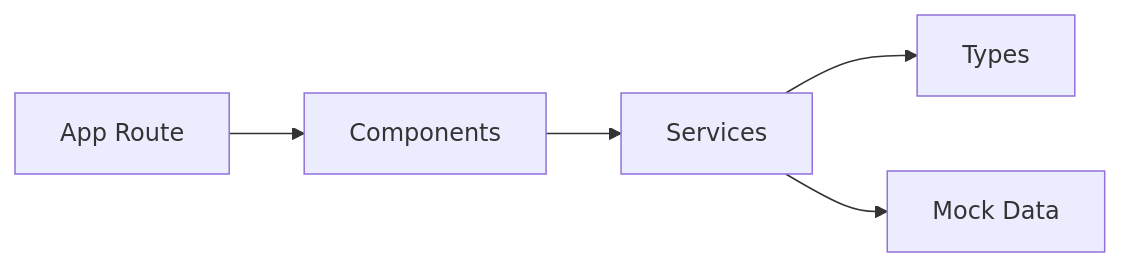
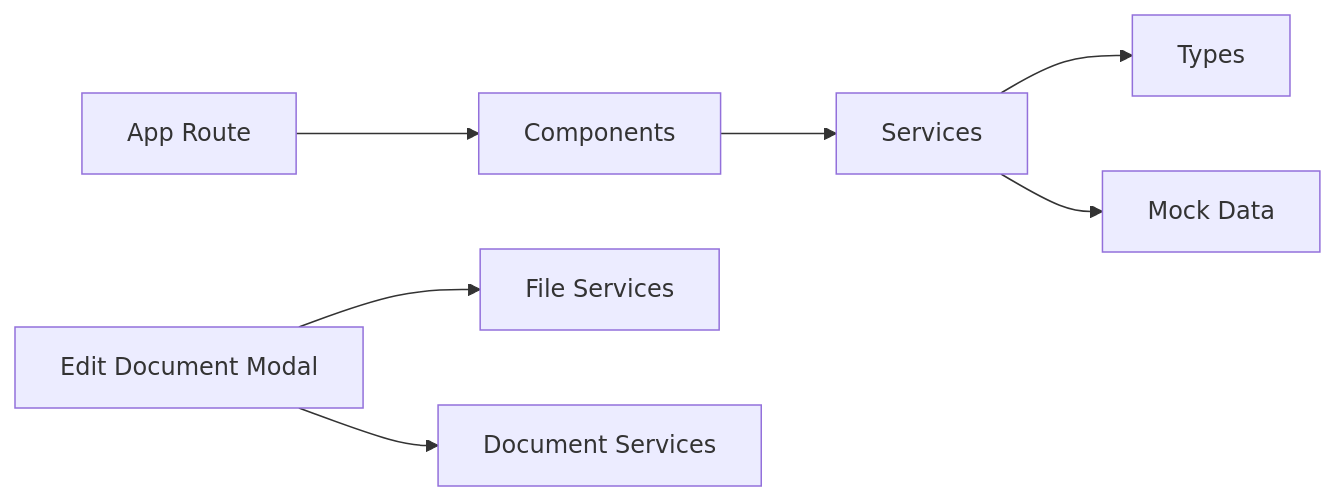
Before and after one commit to ngothanhtung/claude-code-shadcn-dashboard: the seventh of 7 diagrams in .qoder/repowiki/en/content/Data Management Modules/Document Management.md, drawn with Mermaid. The commit also changed other lines of this file and 165 other files, not shown here.

````diff
--- a/.qoder/repowiki/en/content/Data Management Modules/Document Management.md
+++ b/.qoder/repowiki/en/content/Data Management Modules/Document Management.md
@@ -336,7 +331,9 @@
 ```mermaid
 graph LR
 Comp["Components"] --> Svc["Services"]
 Svc --> Types["Types"]
 Svc --> Mock["Mock Data"]
 App["App Route"] --> Comp
+EditModal["Edit Document Modal"] --> FileSvc["File Services"]
+EditModal --> DocSvc["Document Services"]
 ```
````
